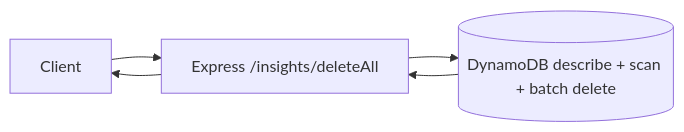
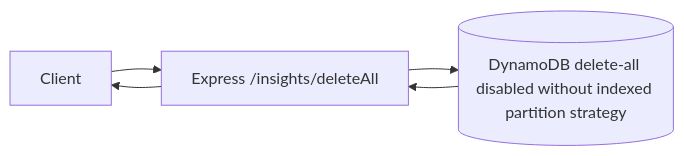
The fourth of 7 diagrams in README.md (samriddhishree/aetio-backend), drawn with Mermaid before and after one commit. The commit also changed other lines of this file and 17 other files, not shown here.

````diff
--- a/README.md
+++ b/README.md
@@ -203,7 +202,7 @@
 ```mermaid
 flowchart LR
   C[Client] --> API[Express /insights/deleteAll]
-  API --> DDB[(DynamoDB describe + scan + batch delete)]
+  API --> DDB[(DynamoDB delete-all disabled without indexed partition strategy)]
   DDB --> API
   API --> C
 ```
````
